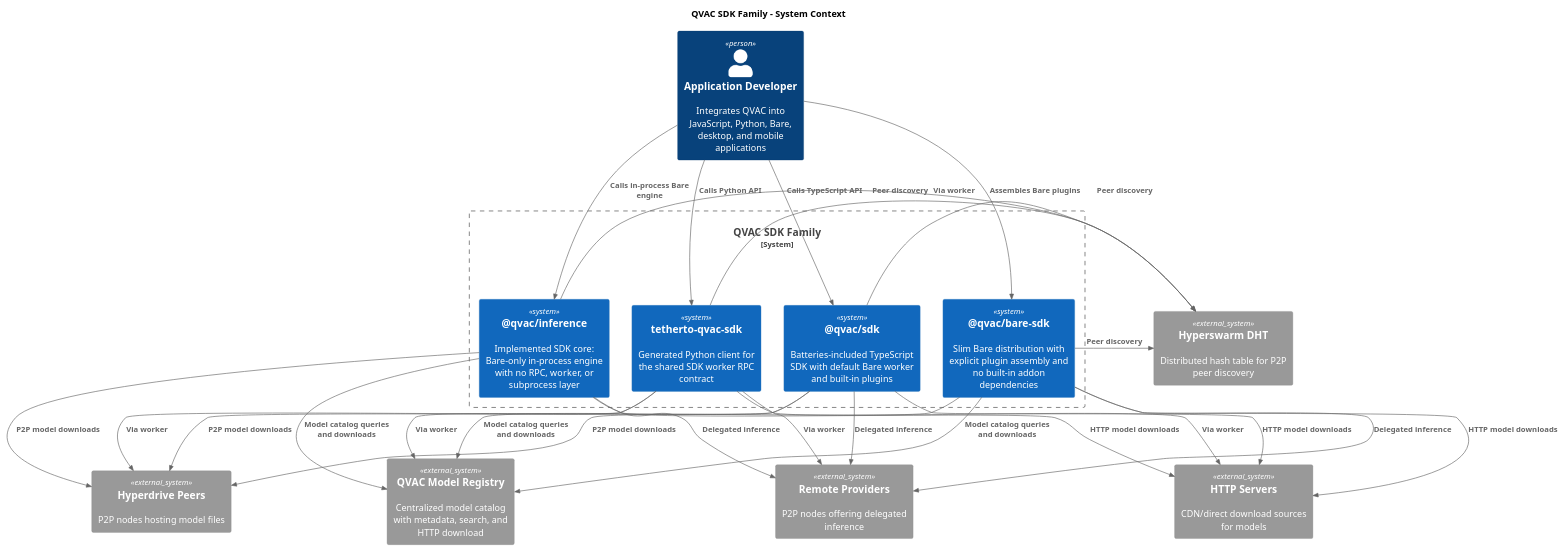
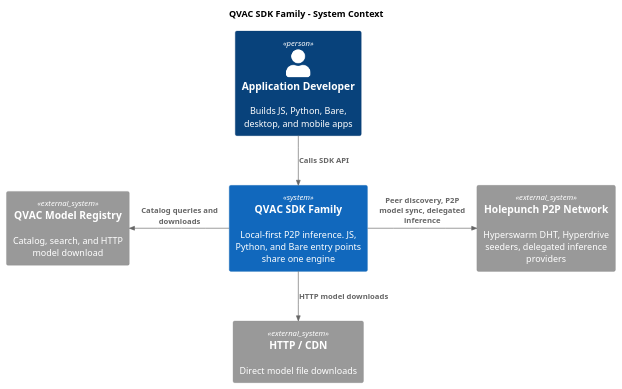
Before and after one commit to tetherto/qvac: the diagram in docs/architecture/puml/01-system-context.puml, drawn with PlantUML. The commit also changed 20 other files, not shown here.

First line of the commit message:
doc[notask]: simplify SDK family architecture diagrams

```diff
--- a/docs/architecture/puml/01-system-context.puml
+++ b/docs/architecture/puml/01-system-context.puml
@@ -1,45 +1,19 @@
 @startuml
 !include <C4/C4_Context>
 
 title QVAC SDK Family - System Context
 
-Person(dev, "Application Developer", "Integrates QVAC into JavaScript, Python, Bare, desktop, and mobile applications")
-System_Boundary(qvac_sdk_family, "QVAC SDK Family") {
-    System(ts_sdk, "@qvac/sdk", "Batteries-included TypeScript SDK with default Bare worker and built-in plugins")
-    System(bare_sdk, "@qvac/bare-sdk", "Slim Bare distribution with explicit plugin assembly and no built-in addon dependencies")
-    System(inference, "@qvac/inference", "Implemented SDK core: Bare-only in-process engine with no RPC, worker, or subprocess layer")
-    System(py_sdk, "tetherto-qvac-sdk", "Generated Python client for the shared SDK worker RPC contract")
-}
+Person(dev, "Application Developer", "Builds JS, Python, Bare, desktop, and mobile apps")
 
-System_Ext(dht, "Hyperswarm DHT", "Distributed hash table for P2P peer discovery")
-System_Ext(hyperdrive, "Hyperdrive Peers", "P2P nodes hosting model files")
-System_Ext(cdn, "HTTP Servers", "CDN/direct download sources for models")
-System_Ext(registry, "QVAC Model Registry", "Centralized model catalog with metadata, search, and HTTP download")
-System_Ext(providers, "Remote Providers", "P2P nodes offering delegated inference")
+System(sdk, "QVAC SDK Family", "Local-first P2P inference. JS, Python, and Bare entry points share one engine")
 
-Rel_D(dev, ts_sdk, "Calls TypeScript API")
-Rel_D(dev, bare_sdk, "Assembles Bare plugins")
-Rel_D(dev, inference, "Calls in-process Bare engine")
-Rel_D(dev, py_sdk, "Calls Python API")
-Rel_R(ts_sdk, dht, "Peer discovery")
-Rel_R(bare_sdk, dht, "Peer discovery")
-Rel_R(inference, dht, "Peer discovery")
-Rel_R(py_sdk, dht, "Via worker")
-Rel_D(ts_sdk, hyperdrive, "P2P model downloads")
-Rel_D(bare_sdk, hyperdrive, "P2P model downloads")
-Rel_D(inference, hyperdrive, "P2P model downloads")
-Rel_D(py_sdk, hyperdrive, "Via worker")
-Rel_D(ts_sdk, cdn, "HTTP model downloads")
-Rel_D(bare_sdk, cdn, "HTTP model downloads")
-Rel_D(inference, cdn, "HTTP model downloads")
-Rel_D(py_sdk, cdn, "Via worker")
-Rel_D(ts_sdk, registry, "Model catalog queries and downloads")
-Rel_D(bare_sdk, registry, "Model catalog queries and downloads")
-Rel_D(inference, registry, "Model catalog queries and downloads")
-Rel_D(py_sdk, registry, "Via worker")
-Rel_D(ts_sdk, providers, "Delegated inference")
-Rel_D(bare_sdk, providers, "Delegated inference")
-Rel_D(inference, providers, "Delegated inference")
-Rel_D(py_sdk, providers, "Via worker")
+System_Ext(registry, "QVAC Model Registry", "Catalog, search, and HTTP model download")
+System_Ext(http, "HTTP / CDN", "Direct model file downloads")
+System_Ext(p2p, "Holepunch P2P Network", "Hyperswarm DHT, Hyperdrive seeders, delegated inference providers")
+
+Rel_D(dev, sdk, "Calls SDK API")
+Rel_L(sdk, registry, "Catalog queries and downloads")
+Rel_D(sdk, http, "HTTP model downloads")
+Rel_R(sdk, p2p, "Peer discovery, P2P model sync, delegated inference")
 
 @enduml
```
